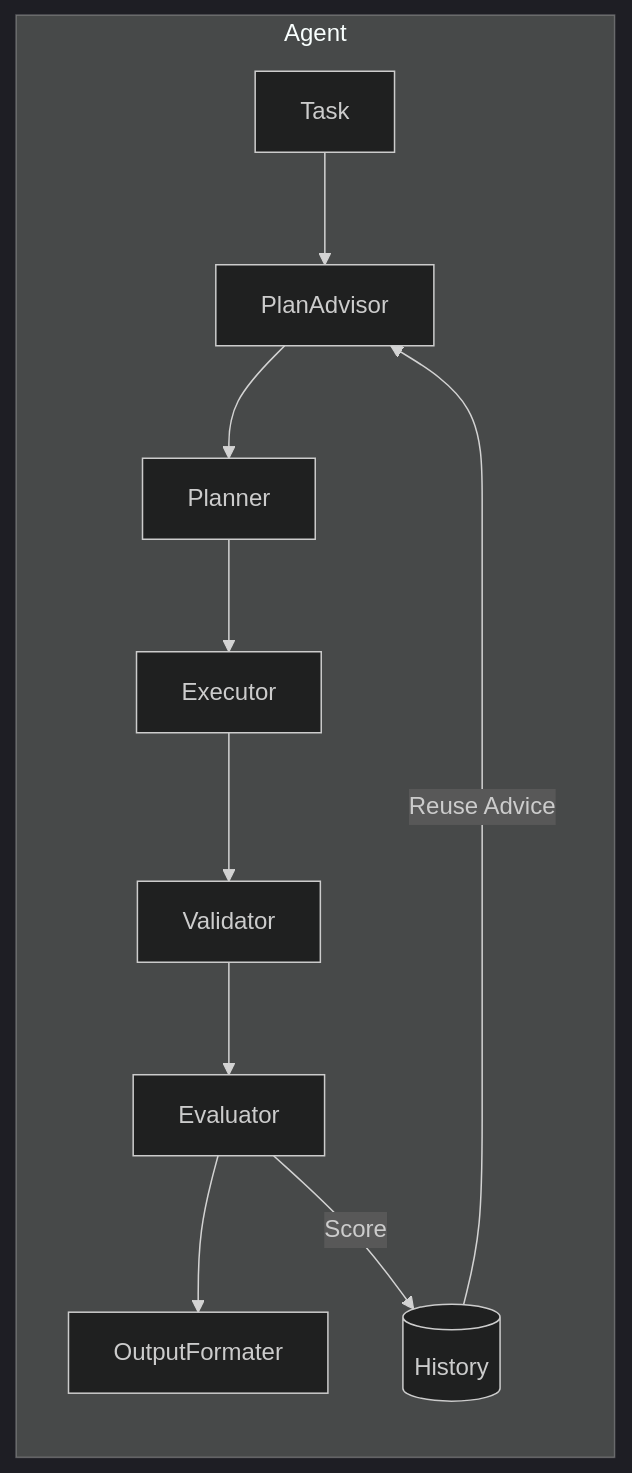
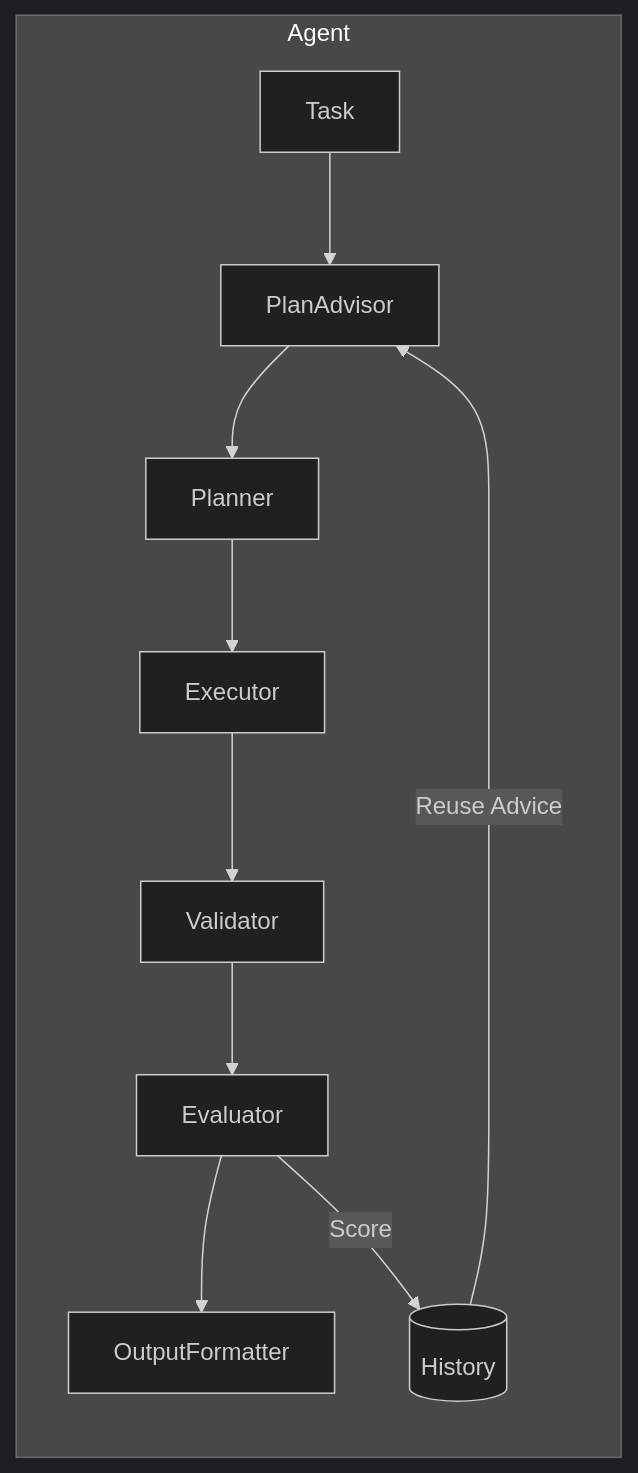
The eighth of 8 diagrams in README.md (KoanJan/coralmind), drawn with Mermaid (dark theme) before and after one commit. The commit also changed other lines of this file and 19 other files, not shown here.

First line of the commit message:
feat: add JSON Schema support and fix naming issues

````diff
--- a/README.md
+++ b/README.md
@@ -416,15 +417,15 @@
 ```mermaid
 flowchart TB
     subgraph Agent
         direction TB
         T[Task] --> PA[PlanAdvisor]
         PA --> PL[Planner]
         PL --> EX[Executor]
         EX --> V[Validator]
         V --> EV[Evaluator]
-        EV --> OF[OutputFormater]
+        EV --> OF[OutputFormatter]
         
         EV -->|Score| DB[(History)]
         DB -->|Reuse Advice| PA
     end
 ```
````
